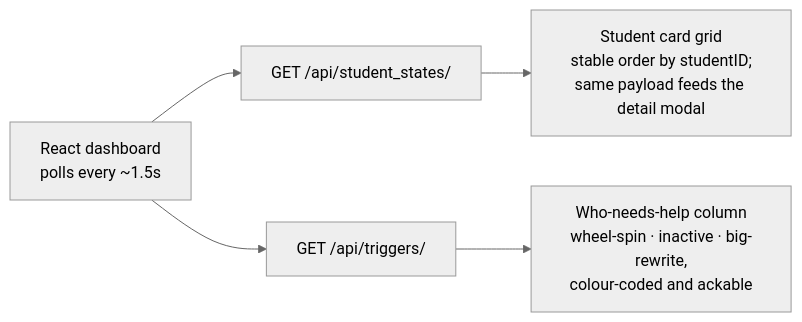
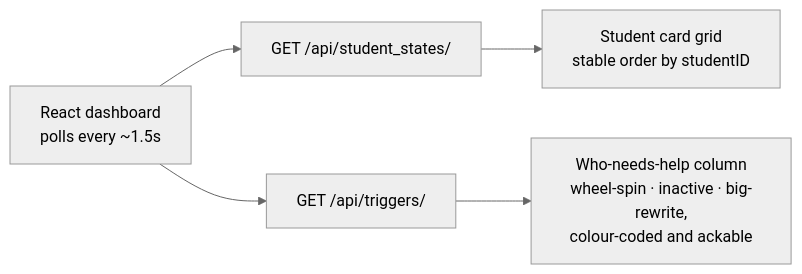
Before and after one commit to InviteInstitute/lm-dashboard: the diagram in docs/concepts/read-path.md, drawn with Mermaid (neutral theme). The commit also changed other lines of this file and 37 other files, not shown here.

````diff
--- a/docs/concepts/read-path.md
+++ b/docs/concepts/read-path.md
@@ -29,8 +28,8 @@
 ```mermaid
 flowchart LR
     dash["React dashboard<br/>polls every ~1.5s"]
     dash --> a["GET /api/student_states/"]
     dash --> b["GET /api/triggers/"]
-    a --> grid["Student card grid<br/>stable order by studentID;<br/>same payload feeds the detail modal"]
+    a --> grid["Student card grid<br/>stable order by studentID"]
     b --> col["Who-needs-help column<br/>wheel-spin · inactive · big-rewrite,<br/>colour-coded and ackable"]
 ```
````
